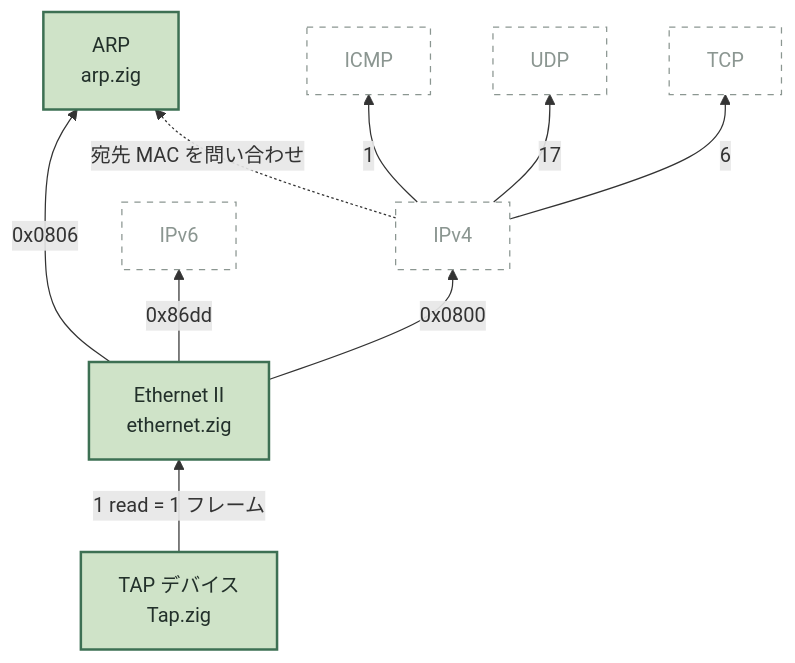
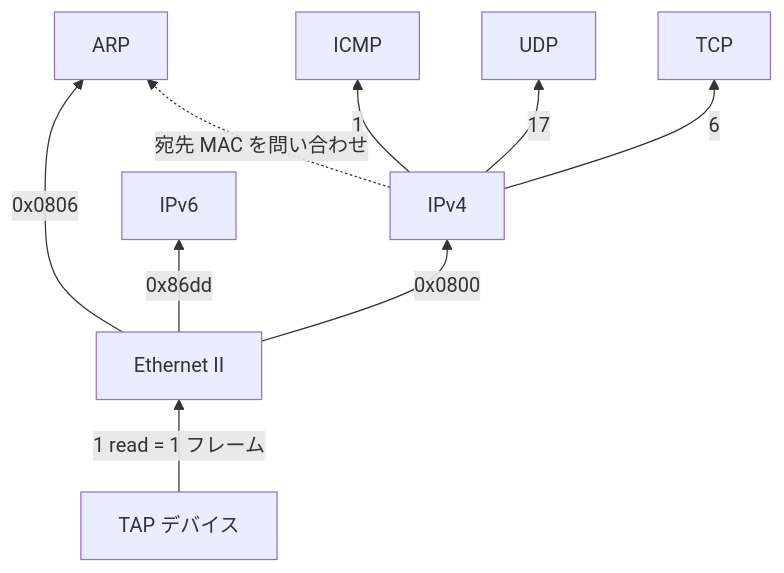
One commit to JauneBrillant/tcpipz changed the second of 2 diagrams in README.md. Above: the diagram before and after it, drawn with Mermaid. The commit also changed other lines of this file, not shown here.

````diff
--- a/README.md
+++ b/README.md
@@ -46,25 +35,20 @@
 ```mermaid
 flowchart BT
-    TAP["TAP デバイス<br/>Tap.zig"]
-    ETH["Ethernet II<br/>ethernet.zig"]
-    ARP["ARP<br/>arp.zig"]
+    TAP["TAP デバイス"]
+    ETH["Ethernet II"]
+    ARP["ARP"]
     IP["IPv4"]
     V6["IPv6"]
     ICMP["ICMP"]
     UDP["UDP"]
     TCP["TCP"]
 
     TAP -->|"1 read = 1 フレーム"| ETH
     ETH -->|"0x0806"| ARP
     ETH -->|"0x0800"| IP
     ETH -->|"0x86dd"| V6
     IP -->|"1"| ICMP
     IP -->|"17"| UDP
     IP -->|"6"| TCP
     IP -.->|"宛先 MAC を問い合わせ"| ARP
-
-    classDef done fill:#cfe3c8,stroke:#3d7053,stroke-width:2px,color:#22302a
-    classDef todo fill:none,stroke:#8b9691,stroke-width:1px,stroke-dasharray:5,color:#8b9691
-    class TAP,ETH,ARP done
-    class IP,ICMP,UDP,TCP,V6 todo
 ```
````
